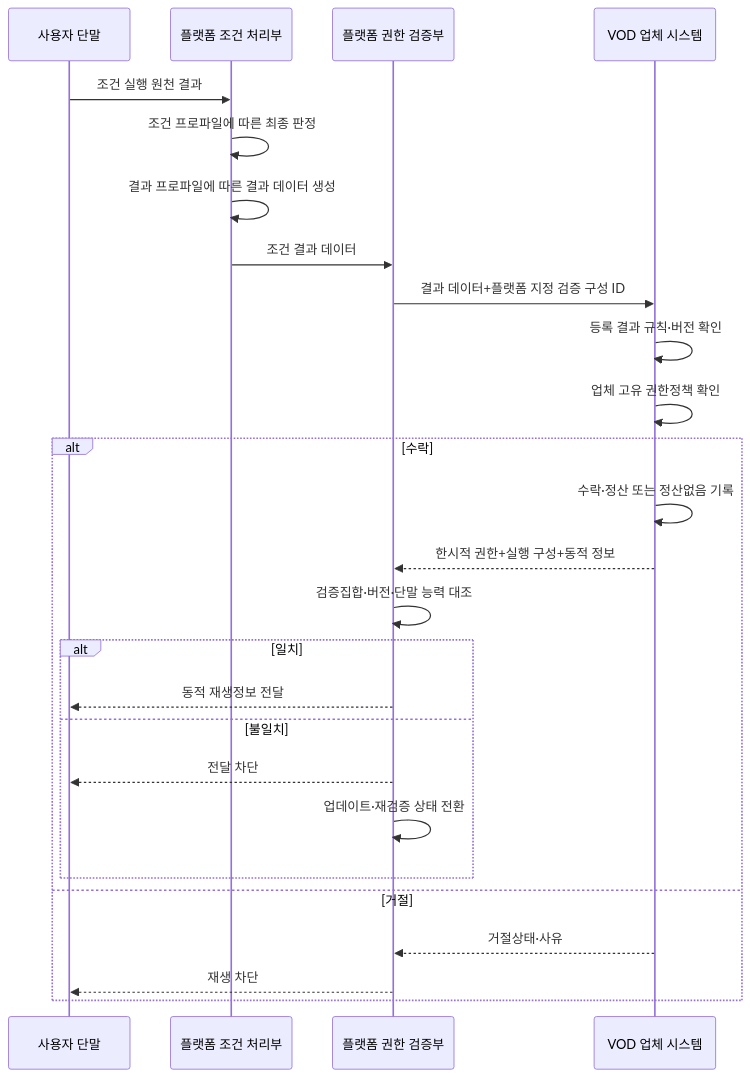
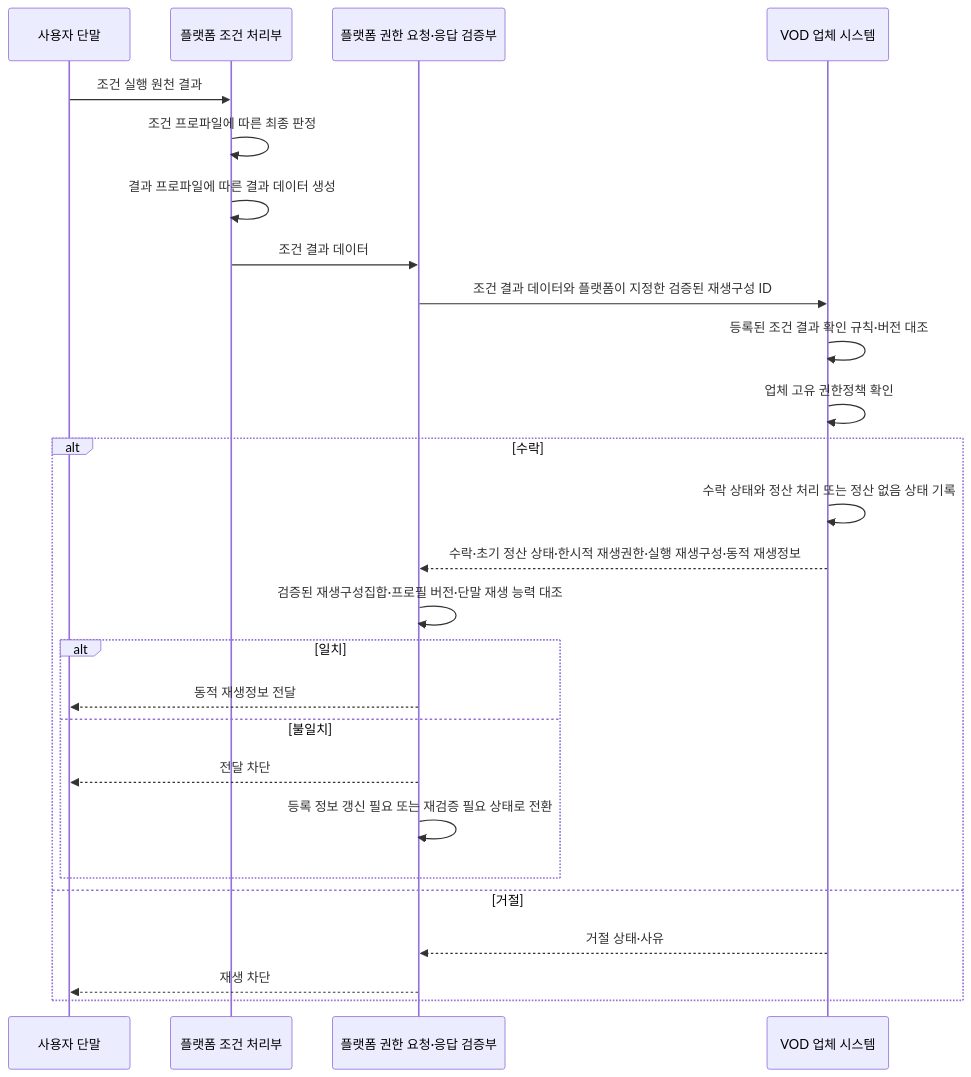
One commit to growdai1y/instant-play changed diagram 13 of 14 in instant_play_직무발명서_개선본.md. Above: the diagram before and after it, drawn with Mermaid. The commit also changed other lines of this file and 10 other files, not shown here.

````diff
--- a/instant_play_직무발명서_개선본.md
+++ b/instant_play_직무발명서_개선본.md
@@ -1502,29 +1509,29 @@
 ```mermaid
 sequenceDiagram
     participant D as 사용자 단말
     participant P as 플랫폼 조건 처리부
-    participant G as 플랫폼 권한 검증부
+    participant G as 플랫폼 권한 요청·응답 검증부
     participant V as VOD 업체 시스템
 
     D->>P: 조건 실행 원천 결과
     P->>P: 조건 프로파일에 따른 최종 판정
     P->>P: 결과 프로파일에 따른 결과 데이터 생성
     P->>G: 조건 결과 데이터
-    G->>V: 결과 데이터+플랫폼 지정 검증 구성 ID
-    V->>V: 등록 결과 규칙·버전 확인
+    G->>V: 조건 결과 데이터와 플랫폼이 지정한 검증된 재생구성 ID
+    V->>V: 등록된 조건 결과 확인 규칙·버전 대조
     V->>V: 업체 고유 권한정책 확인
     alt 수락
-        V->>V: 수락·정산 또는 정산없음 기록
-        V-->>G: 한시적 권한+실행 구성+동적 정보
-        G->>G: 검증집합·버전·단말 능력 대조
+        V->>V: 수락 상태와 정산 처리 또는 정산 없음 상태 기록
+        V-->>G: 수락·초기 정산 상태·한시적 재생권한·실행 재생구성·동적 재생정보
+        G->>G: 검증된 재생구성집합·프로필 버전·단말 재생 능력 대조
         alt 일치
             G-->>D: 동적 재생정보 전달
         else 불일치
             G-->>D: 전달 차단
-            G->>G: 업데이트·재검증 상태 전환
+            G->>G: 등록 정보 갱신 필요 또는 재검증 필요 상태로 전환
         end
     else 거절
-        V-->>G: 거절상태·사유
+        V-->>G: 거절 상태·사유
         G-->>D: 재생 차단
     end
 ```
````
